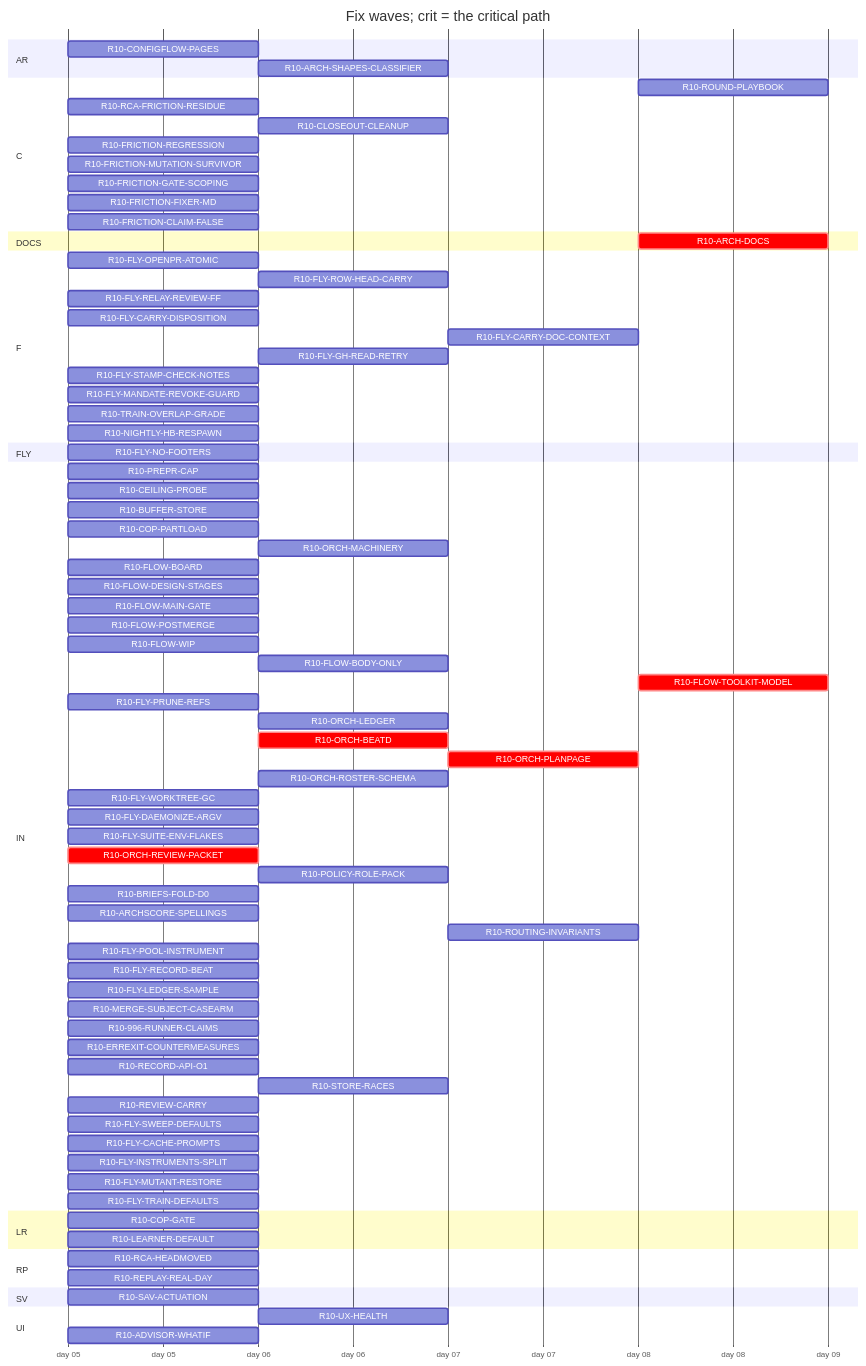
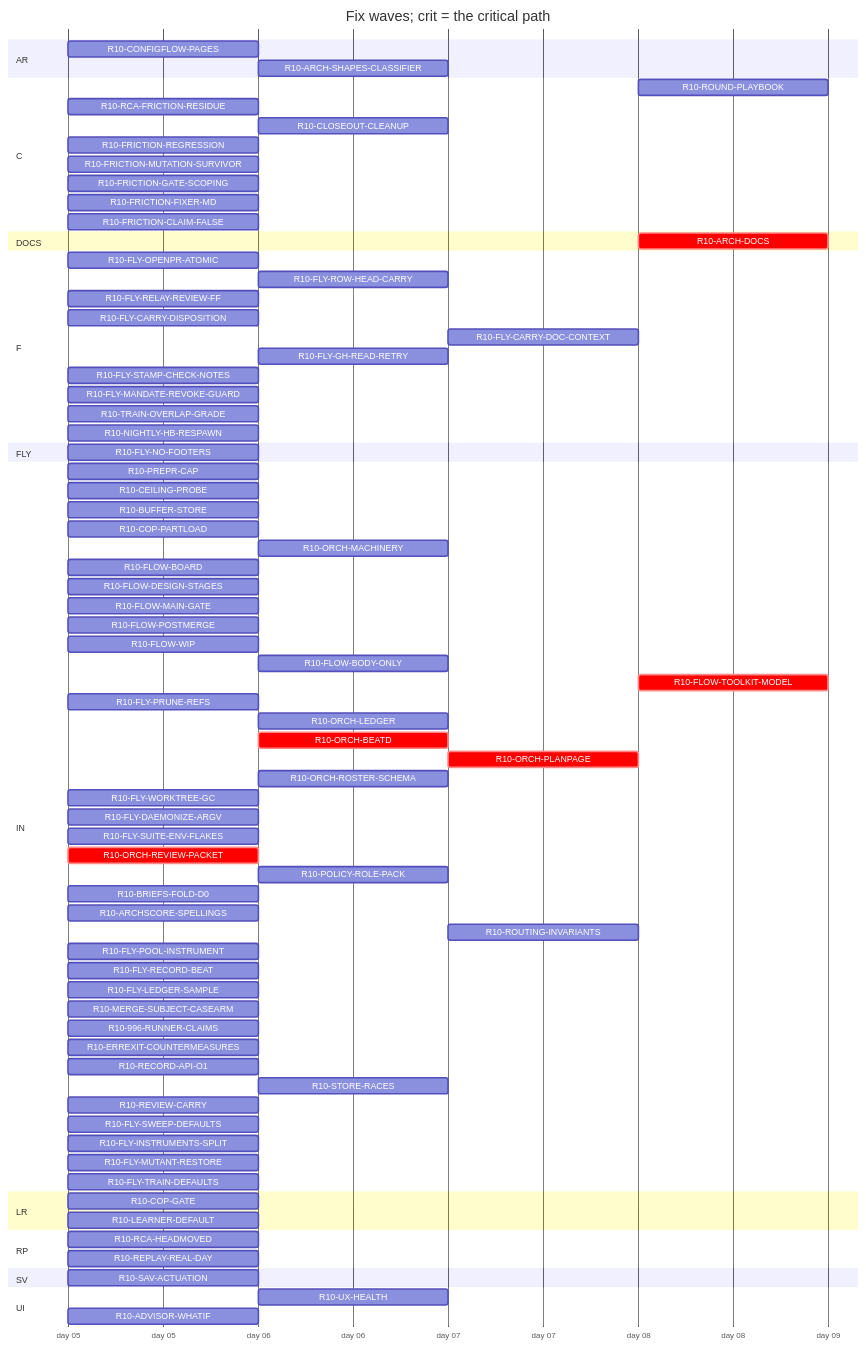
The diagram in handoff/round10/state/PLAN-TABLE.md (tvofi/heatpump_optimizer), drawn with Mermaid before and after one commit. The commit also changed other lines of this file and 3 other files, not shown here.

Commit message:
state: FLOW-BOARD.md, NEXT-SESSION-PROMPT.md, PLAN-TABLE.md, RESUME-CURRENT.md regenerated (state_docs.py)

```diff
--- a/handoff/round10/state/PLAN-TABLE.md
+++ b/handoff/round10/state/PLAN-TABLE.md
@@ -88,7 +88,6 @@
     R10-STORE-RACES :r10STORERACES, after r10BUFFERSTORE, 1d
     R10-REVIEW-CARRY :r10REVIEWCARRY, 2026-01-05, 1d
     R10-FLY-SWEEP-DEFAULTS :r10FLYSWEEPDEFAULTS, 2026-01-05, 1d
-    R10-FLY-CACHE-PROMPTS :r10FLYCACHEPROMPTS, 2026-01-05, 1d
     R10-FLY-INSTRUMENTS-SPLIT :r10FLYINSTRUMENTSSPLIT, 2026-01-05, 1d
     R10-FLY-MUTANT-RESTORE :r10FLYMUTANTRESTORE, 2026-01-05, 1d
     R10-FLY-TRAIN-DEFAULTS :r10FLYTRAINDEFAULTS, 2026-01-05, 1d
```
